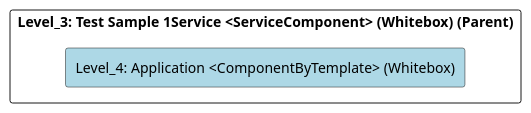
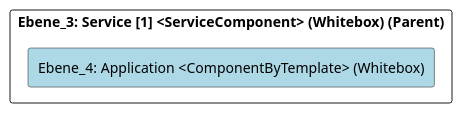
One commit to marcozwyssig/cleon changed the diagram in src/cleon.architecturemethods.arc42.sample/doc/cleon_architecturemethods_arc42_sample_software_microservice/adoc/en/05_building_block_view/microservicesample/servicelayer/service_1/application/level_4_application.adoc. Above: the diagram before and after it, drawn with PlantUML. The commit also changed other lines of this file and 214 other files, not shown here.

```diff
--- a/src/cleon.architecturemethods.arc42.sample/doc/cleon_architecturemethods_arc42_sample_software_microservice/adoc/en/05_building_block_view/microservicesample/servicelayer/service_1/application/level_4_application.adoc
+++ b/src/cleon.architecturemethods.arc42.sample/doc/cleon_architecturemethods_arc42_sample_software_microservice/adoc/en/05_building_block_view/microservicesample/servicelayer/service_1/application/level_4_application.adoc
@@ -20,24 +20,24 @@
-[plantuml, Level_4: Application <ComponentByTemplate> (Whitebox)BlockOverview, format="svg"]
+[plantuml, Ebene_4: Application <ComponentByTemplate> (Whitebox)BlockOverview, format="svg"]
 ----
-@startuml Level_4: Application <ComponentByTemplate> (Whitebox)BuildingBlockOverview
+@startuml Ebene_4: Application <ComponentByTemplate> (Whitebox)BuildingBlockOverview
 
 skinparam ranksep 10
 skinparam componentStyle rectangle
 skinparam shadowing false
 skinparam arrowColor lightblue
 skinparam arrowThickness 1.2
 skinparam rectangle {
   BackgroundColor White
   BorderColor #333
   RoundCorner 10
 }
 top to bottom direction
 
-component "Level_3: Test Sample 1Service <ServiceComponent> (Whitebox) (Parent)" {
-    component "Level_4: Application <ComponentByTemplate> (Whitebox)" #lightblue {
+component "Ebene_3: Service [1] <ServiceComponent> (Whitebox) (Parent)" {
+    component "Ebene_4: Application <ComponentByTemplate> (Whitebox)" #lightblue {
     }
 
 }
 
 @enduml
 ----
```
